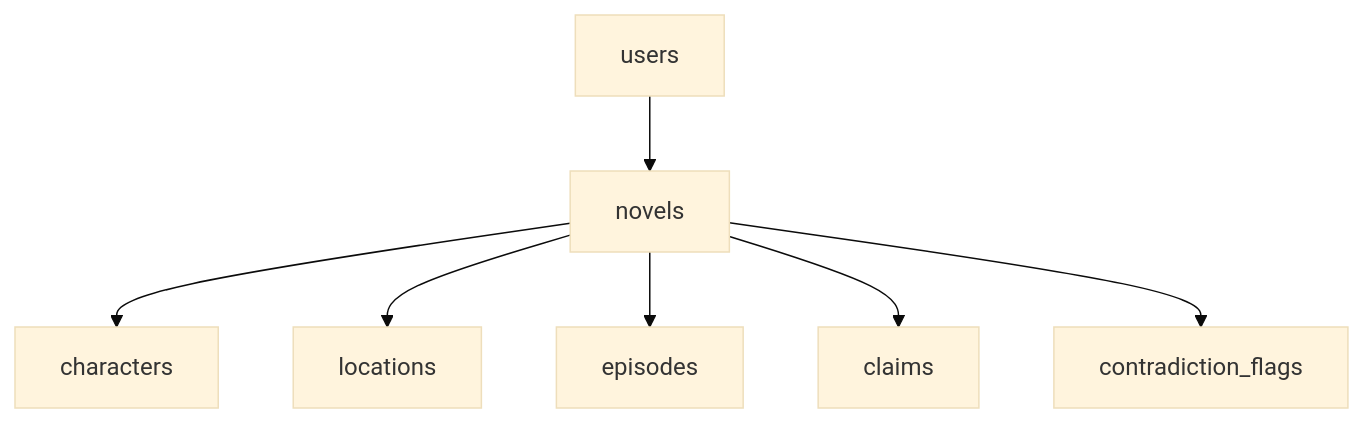
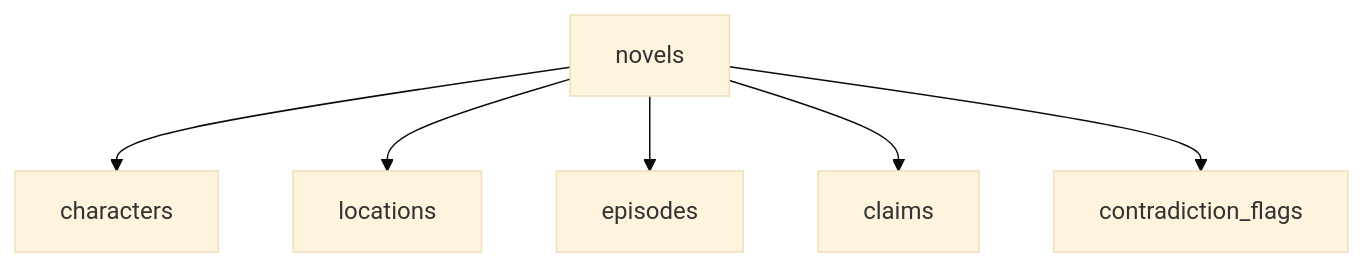
Before and after one commit to mminjae97/retcona: the second of 9 diagrams in README.md, drawn with Mermaid (base theme). The commit also changed other lines of this file and 3 other files, not shown here.

````diff
--- a/README.md
+++ b/README.md
@@ -352,9 +307,8 @@
 ```mermaid
 flowchart TD
-    U[users] --> N[novels]
-    N --> C[characters]
+    N[novels] --> C[characters]
     N --> LOC[locations]
     N --> EP[episodes]
     N --> CL[claims]
     N --> CF[contradiction_flags]
 ```
````
